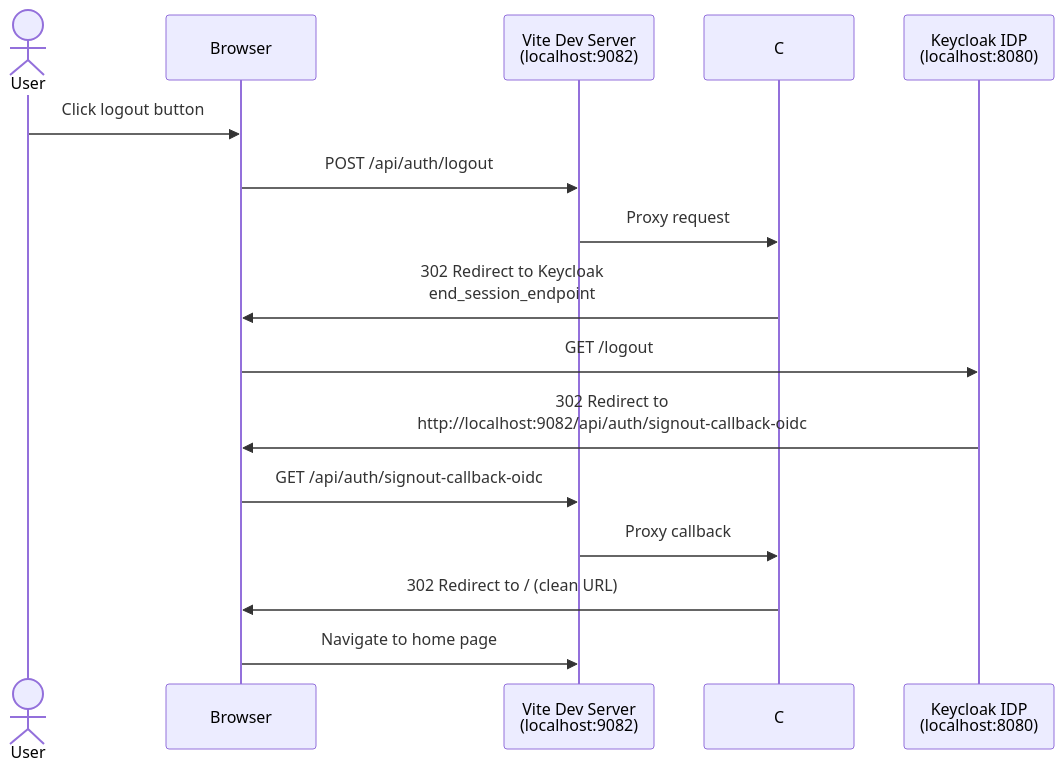
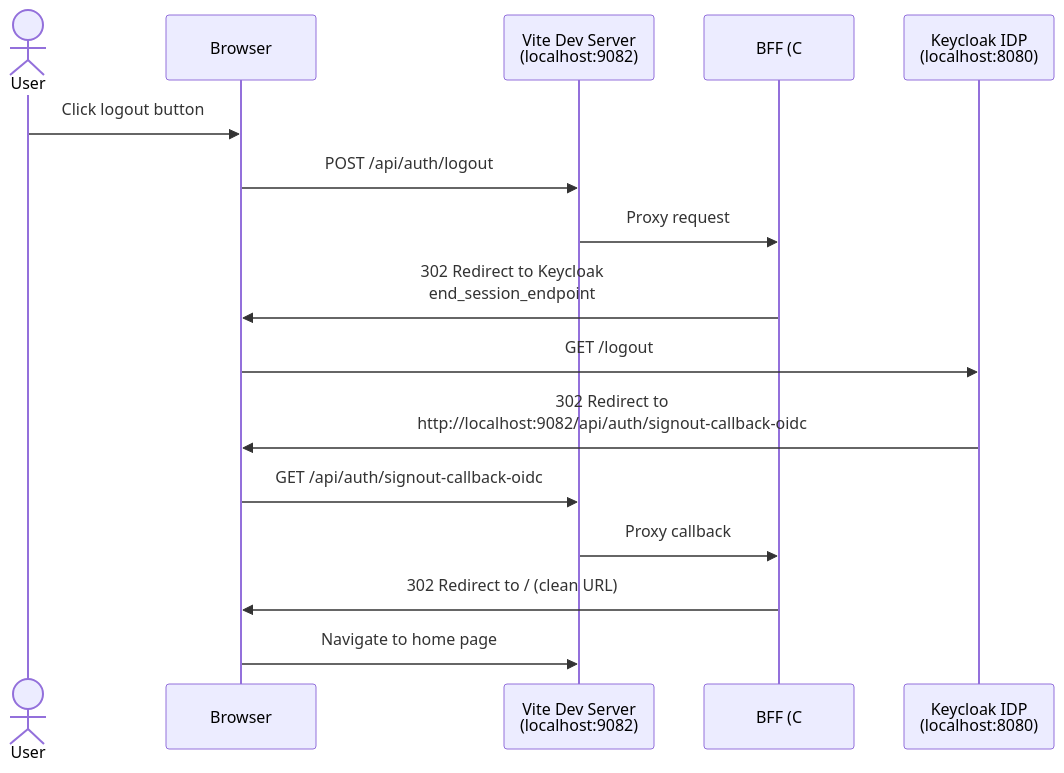
The second of 2 diagrams in vite-csharp-keycloak/README.md (davidfowl/aspire-13-samples), drawn with Mermaid before and after one commit. The commit also changed other lines of this file, not shown here.

Commit message:
feat: update README to clarify BFF participant label in sequence diagrams

````diff
--- a/vite-csharp-keycloak/README.md
+++ b/vite-csharp-keycloak/README.md
@@ -36,19 +36,19 @@
 ```mermaid
 sequenceDiagram
     actor User
     participant Browser
     participant Vite as Vite Dev Server<br/>(localhost:9082)
-    participant BFF as C# BFF<br/>(localhost:5254)
+    participant BFF as BFF (C#)<br/>(localhost:5254)
     participant Keycloak as Keycloak IDP<br/>(localhost:8080)
 
     User->>Browser: Click logout button
     Browser->>Vite: POST /api/auth/logout
     Vite->>BFF: Proxy request
     BFF->>Browser: 302 Redirect to Keycloak<br/>end_session_endpoint
     Browser->>Keycloak: GET /logout
     Keycloak->>Browser: 302 Redirect to<br/>http://localhost:9082/api/auth/signout-callback-oidc
     Browser->>Vite: GET /api/auth/signout-callback-oidc
     Vite->>BFF: Proxy callback
     BFF->>Browser: 302 Redirect to / (clean URL)
     Browser->>Vite: Navigate to home page
 ```
````
